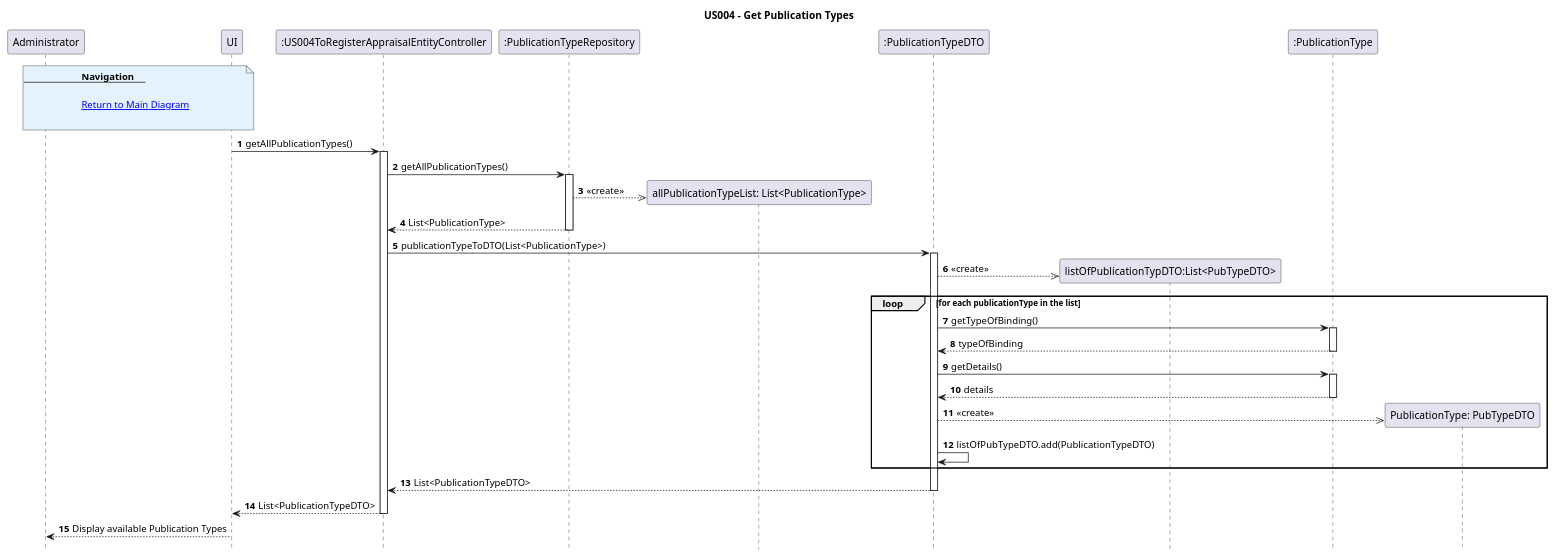
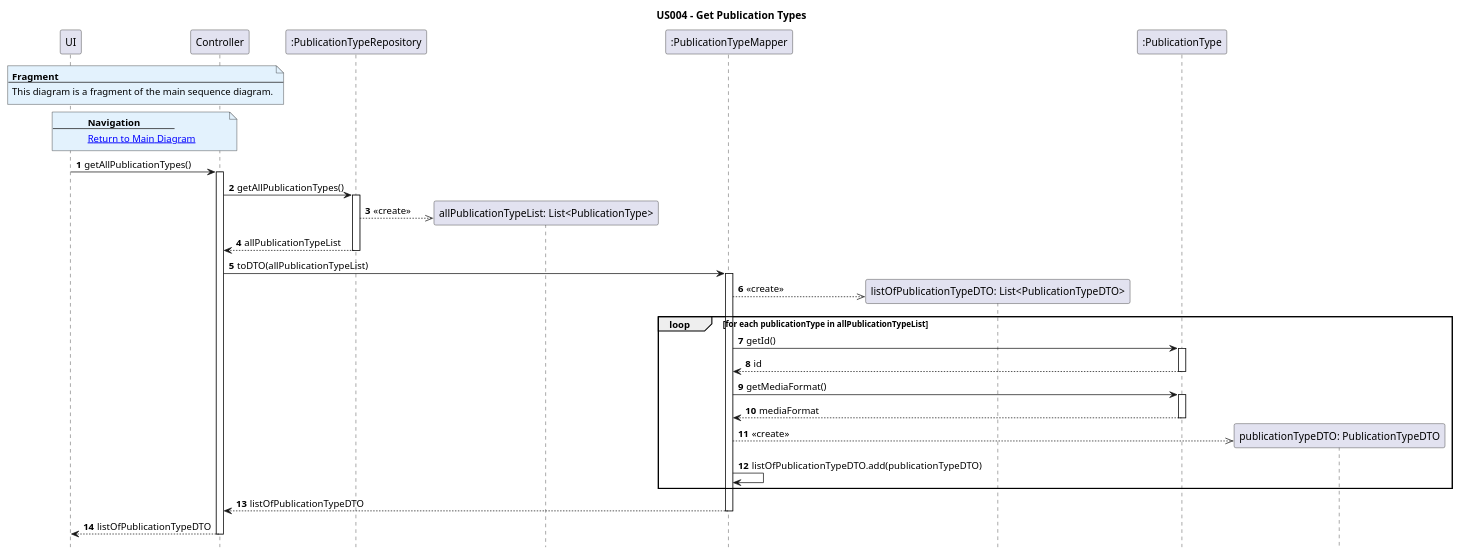
One commit to AndrePereiraGitH/SWitCH-Project-Team_A changed the diagram in Diagrams/SequenceDiagrams/N2/US004-to-register-an-Appraisal-Entity/3.GetPublicationTypes.puml. Above: the diagram before and after it, drawn with PlantUML. The commit also changed 85 other files, not shown here.

Commit message:
refactor #468 #469: ID implementation of AppraisalEntity and PublicationType, start restructuring Edition aggregate towards DDD principles (WIP)

```diff
--- a/Diagrams/SequenceDiagrams/N2/US004-to-register-an-Appraisal-Entity/3.GetPublicationTypes.puml
+++ b/Diagrams/SequenceDiagrams/N2/US004-to-register-an-Appraisal-Entity/3.GetPublicationTypes.puml
@@ -1,64 +1,63 @@
 @startuml
 
 hide footbox
 autonumber
 
 title US004 - Get Publication Types
 
-note over Administrator, UI#E3F2FD
+note over UI, Controller #E3F2FD
+<b>Fragment</b>
+---
+This diagram is a fragment of the main sequence diagram.
+end note
+
+note over UI, Controller #E3F2FD
 <b>Navigation</b>
 ---
-
 [[1.MainDiagram.puml Return to Main Diagram]]
-
 end note
 
-participant Administrator
 participant ":UI004" as UI
 participant ":US004ToRegisterAppraisalEntityController" as Controller
-participant ":PublicationTypeRepository" as PubTypeRepo
-participant "allPublicationTypeList: List<PublicationType>"
-participant ":PublicationTypeDTO" as PubTypeMapper
-participant "listOfPublicationTypDTO:List<PubTypeDTO>" as PubTypeDTO
+participant ":PublicationTypeRepository" as PublicationTypeRepo
+participant "allPublicationTypeList: List<PublicationType>" as allPublicationTypeList
+participant ":PublicationTypeMapper" as PublicationTypeMapper
+participant "listOfPublicationTypeDTO: List<PublicationTypeDTO>" as listOfPublicationTypeDTO
 participant ":PublicationType" as PublicationType
-participant "PublicationType: PubTypeDTO" as PDTO
+participant "publicationTypeDTO: PublicationTypeDTO" as publicationTypeDTO
 
 UI -> Controller : getAllPublicationTypes()
 activate Controller
 
-Controller -> PubTypeRepo : getAllPublicationTypes()
-activate PubTypeRepo
-PubTypeRepo -->> "allPublicationTypeList: List<PublicationType>" **: <<create>>
-PubTypeRepo --> Controller : List<PublicationType>
-deactivate PubTypeRepo
+Controller -> PublicationTypeRepo : getAllPublicationTypes()
+activate PublicationTypeRepo
+PublicationTypeRepo -->> allPublicationTypeList ** : <<create>>
+PublicationTypeRepo --> Controller : allPublicationTypeList
+deactivate PublicationTypeRepo
 
-Controller -> PubTypeMapper : publicationTypeToDTO(List<PublicationType>)
-activate PubTypeMapper
+Controller -> PublicationTypeMapper : toDTO(allPublicationTypeList)
+activate PublicationTypeMapper
+PublicationTypeMapper -->> listOfPublicationTypeDTO ** : <<create>>
 
-PubTypeMapper -->> PubTypeDTO **: <<create>>
-
-loop for each publicationType in the list
-    PubTypeMapper -> PublicationType: getTypeOfBinding()
+loop for each publicationType in allPublicationTypeList
+    PublicationTypeMapper -> PublicationType : getId()
     activate PublicationType
-    PublicationType --> PubTypeMapper: typeOfBinding
+    PublicationType --> PublicationTypeMapper : id
     deactivate PublicationType
 
-    PubTypeMapper -> PublicationType: getDetails()
+    PublicationTypeMapper -> PublicationType : getMediaFormat()
     activate PublicationType
-    PublicationType --> PubTypeMapper: details
+    PublicationType --> PublicationTypeMapper : mediaFormat
     deactivate PublicationType
 
-    PubTypeMapper -->> PDTO **: <<create>>
-
-    PubTypeMapper -> PubTypeMapper: listOfPubTypeDTO.add(PublicationTypeDTO)
+    PublicationTypeMapper -->> publicationTypeDTO ** : <<create>>
+    PublicationTypeMapper -> PublicationTypeMapper : listOfPublicationTypeDTO.add(publicationTypeDTO)
 end
 
-PubTypeMapper --> Controller : List<PublicationTypeDTO>
-deactivate PubTypeMapper
+PublicationTypeMapper --> Controller : listOfPublicationTypeDTO
+deactivate PublicationTypeMapper
 
-Controller --> UI : List<PublicationTypeDTO>
+Controller --> UI : listOfPublicationTypeDTO
 deactivate Controller
 
-UI --> Administrator : Display available Publication Types
-
 @enduml
```
